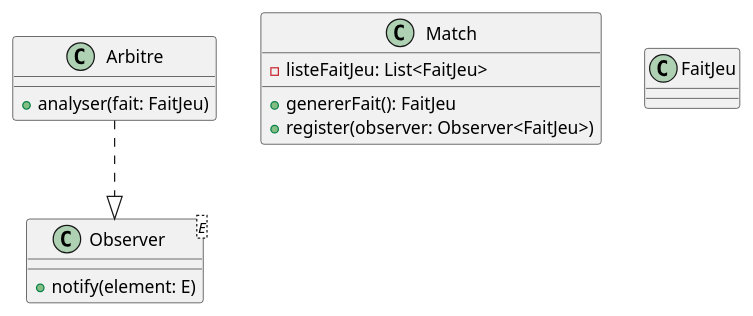
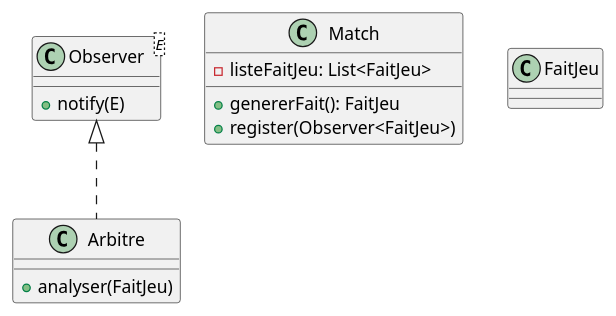
One commit to jandry/design-pattern changed the diagram in src/uml/observer.puml. Above: the diagram before and after it, drawn with PlantUML. The commit also changed 2 other files, not shown here.

```diff
--- a/src/uml/observer.puml
+++ b/src/uml/observer.puml
@@ -1,21 +1,21 @@
 @startuml Observer
 
 class Observer<E> {
-    + notify(element: E)
+    + notify(E)
 }
 
 class Match {
     - listeFaitJeu: List<FaitJeu>
     + genererFait(): FaitJeu
-    + register(observer: Observer<FaitJeu>)
+    + register(Observer<FaitJeu>)
 }
 
 class FaitJeu
 
 class Arbitre {
-    + analyser(fait: FaitJeu)
+    + analyser(FaitJeu)
 }
 
-Arbitre..|>Observer
+Arbitre .up.|> Observer
 
 @enduml
```
